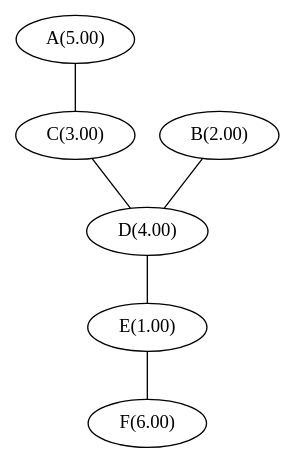
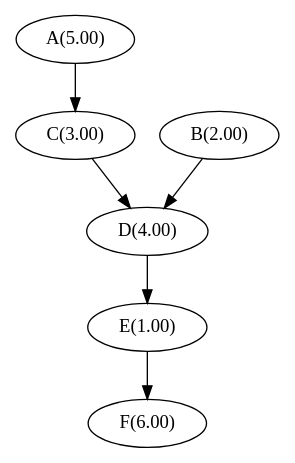
One commit to rlch/tutero-assignment changed the diagram in runner/cases/with_progress_two.dot. Above: the diagram before and after it, drawn with Graphviz. The commit also changed 16 other files, not shown here.

```diff
--- a/runner/cases/with_progress_two.dot
+++ b/runner/cases/with_progress_two.dot
@@ -1,31 +1,31 @@
 
-strict graph with_progress_two {
+strict digraph with_progress_two {
 
 	// Node definitions.
 
 	"A(5.00)";
 
 	"B(2.00)";
 
 	"C(3.00)";
 
 	"D(4.00)";
 
 	"E(1.00)";
 
 	"F(6.00)";
 
 
 	// Edge definitions.
 
-	"A(5.00)" -- "C(3.00)";
+	"A(5.00)" -> "C(3.00)";
 
-	"B(2.00)" -- "D(4.00)";
+	"B(2.00)" -> "D(4.00)";
 
-	"C(3.00)" -- "D(4.00)";
+	"C(3.00)" -> "D(4.00)";
 
-	"D(4.00)" -- "E(1.00)";
+	"D(4.00)" -> "E(1.00)";
 
-	"E(1.00)" -- "F(6.00)";
+	"E(1.00)" -> "F(6.00)";
 
 }
```
